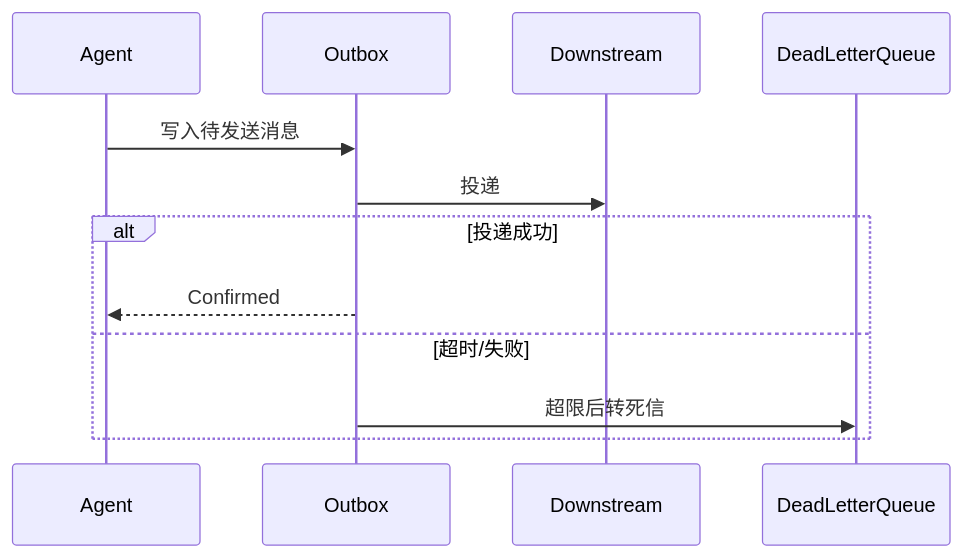
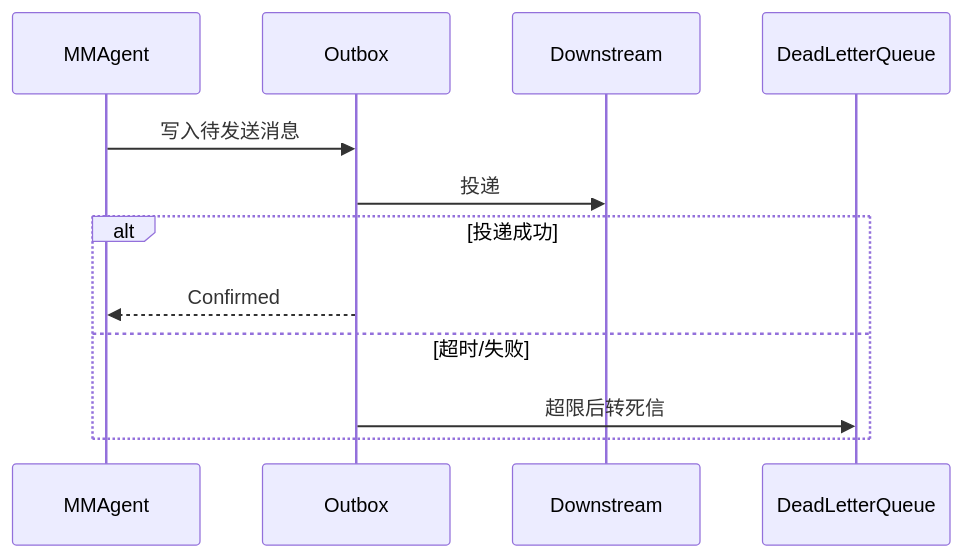
Diagram 12 of 17 in docs/REQUIREMENTS_ANALYSIS.md (xyz11274/agentf), drawn with Mermaid before and after one commit. The commit also changed other lines of this file and 106 other files, not shown here.

````diff
--- a/docs/REQUIREMENTS_ANALYSIS.md
+++ b/docs/REQUIREMENTS_ANALYSIS.md
@@ -365,14 +365,14 @@
 ```mermaid
 sequenceDiagram
-    participant Agent as Agent
+    participant MMAgent as MMAgent
     participant Out as Outbox
     participant Down as Downstream
     participant DLQ as DeadLetterQueue
-    Agent->>Out: 写入待发送消息
+    MMAgent->>Out: 写入待发送消息
     Out->>Down: 投递
     alt 投递成功
-        Out-->>Agent: Confirmed
+        Out-->>MMAgent: Confirmed
     else 超时/失败
         Out->>DLQ: 超限后转死信
     end
 ```
````
